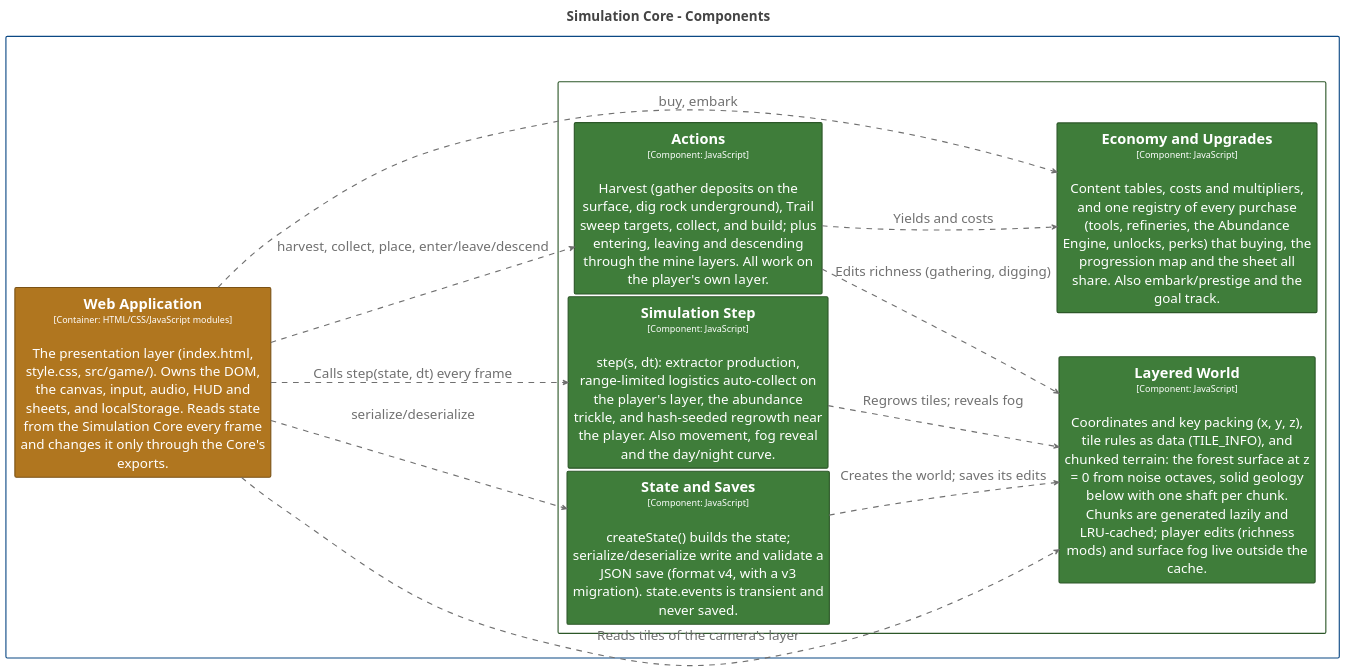
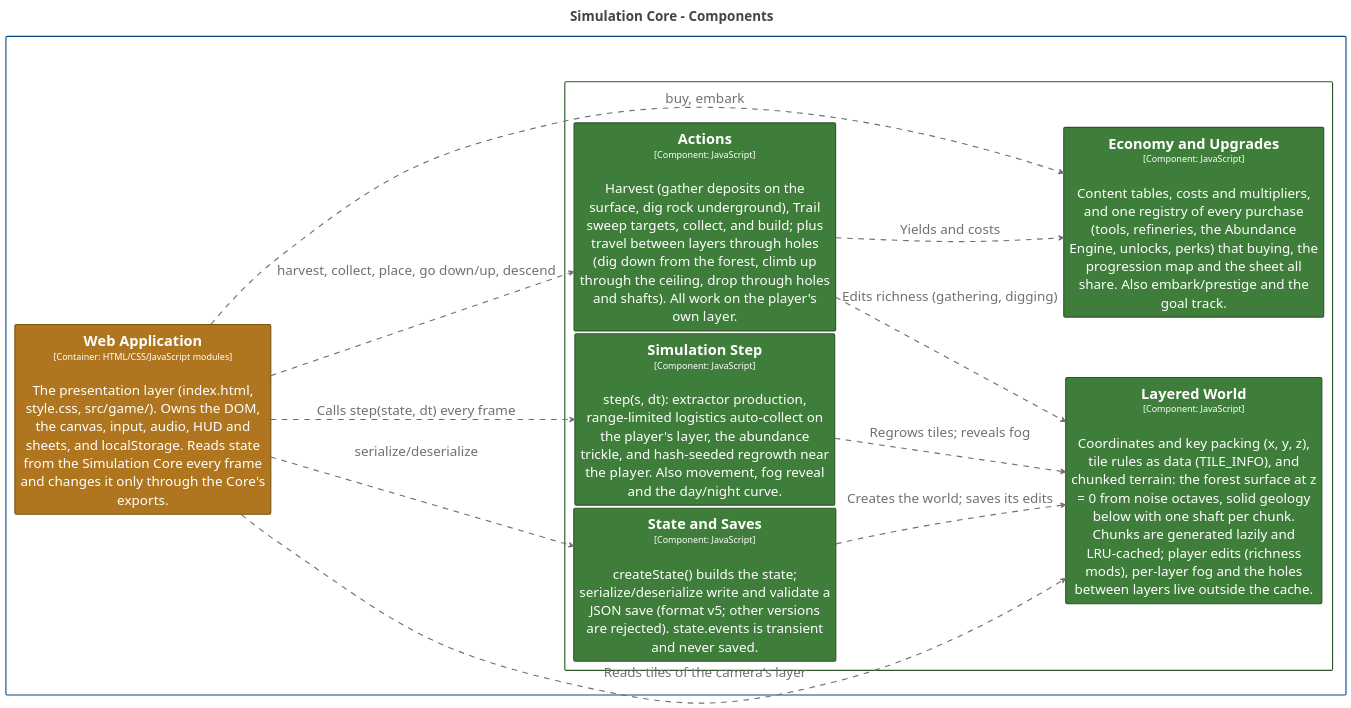
The diagram in structurizr/diagrams/CoreComponents.puml (bitkojine/more-than-enough), drawn with PlantUML before and after one commit. The commit also changed 34 other files, not shown here.

First line of the commit message:
v0.22.0: holes between layers, mine fog, layer cutaway

```diff
--- a/structurizr/diagrams/CoreComponents.puml
+++ b/structurizr/diagrams/CoreComponents.puml
@@ -2,94 +2,94 @@
 @startuml
 title <size:24>Simulation Core - Components</size>
 
 set separator none
 left to right direction
 skinparam ranksep 20
 skinparam nodesep 5
 hide stereotype
 
 <style>
   root {
     BackgroundColor: #ffffff;
     FontColor: #444444;
   }
   // Element,Component,Core Engine
   .Element-RWxlbWVudCxDb21wb25lbnQsQ29yZSBFbmdpbmU= {
     BackgroundColor: #3f7d3a;
     LineColor: #2c5728;
     LineStyle: 0;
     LineThickness: 2;
     FontColor: #ffffff;
     FontSize: 24;
     HorizontalAlignment: center;
     Shadowing: 0;
     MaximumWidth: 450;
   }
   // Element,Container,Presentation
   .Element-RWxlbWVudCxDb250YWluZXIsUHJlc2VudGF0aW9u {
     BackgroundColor: #b0761f;
     LineColor: #7b5215;
     LineStyle: 0;
     LineThickness: 2;
     FontColor: #ffffff;
     FontSize: 24;
     HorizontalAlignment: center;
     Shadowing: 0;
     MaximumWidth: 450;
   }
   // Relationship
   .Relationship-UmVsYXRpb25zaGlw {
     LineThickness: 2;
     LineStyle: 10-10;
     LineColor: #707070;
     FontColor: #707070;
     FontSize: 24;
     MaximumWidth: 200;
   }
   // MORE THAN ENOUGH
   .Boundary-TU9SRSBUSEFOIEVOT1VHSA== {
     BackgroundColor: #ffffff;
     LineColor: #0b4884;
     LineStyle: 0;
     LineThickness: 2;
     FontColor: #ffffff;
     FontSize: 24;
     HorizontalAlignment: center;
     Shadowing: 0;
   }
   // Simulation Core
   .Boundary-U2ltdWxhdGlvbiBDb3Jl {
     BackgroundColor: #ffffff;
     LineColor: #2c5728;
     LineStyle: 0;
     LineThickness: 2;
     FontColor: #ffffff;
     FontSize: 24;
     HorizontalAlignment: center;
     Shadowing: 0;
   }
 </style>
 
 rectangle "MORE THAN ENOUGH\n<size:16>[Software System]</size>" <<Boundary-TU9SRSBUSEFOIEVOT1VHSA==>> {
   rectangle "Simulation Core\n<size:16>[Container: JavaScript modules (browser + Node)]</size>" <<Boundary-U2ltdWxhdGlvbiBDb3Jl>> {
-    rectangle "==Layered World\n<size:16>[Component: JavaScript]</size>\n\nCoordinates and key packing (x, y, z), tile rules as data (TILE_INFO), and chunked terrain: the forest surface at z = 0 from noise octaves, solid geology below with one shaft per chunk. Chunks are generated lazily and LRU-cached; player edits (richness mods) and surface fog live outside the cache." <<Element-RWxlbWVudCxDb21wb25lbnQsQ29yZSBFbmdpbmU=>> as MORETHANENOUGH.SimulationCore.LayeredWorld
-    rectangle "==State and Saves\n<size:16>[Component: JavaScript]</size>\n\ncreateState() builds the state; serialize/deserialize write and validate a JSON save (format v4, with a v3 migration). state.events is transient and never saved." <<Element-RWxlbWVudCxDb21wb25lbnQsQ29yZSBFbmdpbmU=>> as MORETHANENOUGH.SimulationCore.StateandSaves
+    rectangle "==Layered World\n<size:16>[Component: JavaScript]</size>\n\nCoordinates and key packing (x, y, z), tile rules as data (TILE_INFO), and chunked terrain: the forest surface at z = 0 from noise octaves, solid geology below with one shaft per chunk. Chunks are generated lazily and LRU-cached; player edits (richness mods), per-layer fog and the holes between layers live outside the cache." <<Element-RWxlbWVudCxDb21wb25lbnQsQ29yZSBFbmdpbmU=>> as MORETHANENOUGH.SimulationCore.LayeredWorld
+    rectangle "==State and Saves\n<size:16>[Component: JavaScript]</size>\n\ncreateState() builds the state; serialize/deserialize write and validate a JSON save (format v5; other versions are rejected). state.events is transient and never saved." <<Element-RWxlbWVudCxDb21wb25lbnQsQ29yZSBFbmdpbmU=>> as MORETHANENOUGH.SimulationCore.StateandSaves
     rectangle "==Simulation Step\n<size:16>[Component: JavaScript]</size>\n\nstep(s, dt): extractor production, range-limited logistics auto-collect on the player's layer, the abundance trickle, and hash-seeded regrowth near the player. Also movement, fog reveal and the day/night curve." <<Element-RWxlbWVudCxDb21wb25lbnQsQ29yZSBFbmdpbmU=>> as MORETHANENOUGH.SimulationCore.SimulationStep
-    rectangle "==Actions\n<size:16>[Component: JavaScript]</size>\n\nHarvest (gather deposits on the surface, dig rock underground), Trail sweep targets, collect, and build; plus entering, leaving and descending through the mine layers. All work on the player's own layer." <<Element-RWxlbWVudCxDb21wb25lbnQsQ29yZSBFbmdpbmU=>> as MORETHANENOUGH.SimulationCore.Actions
+    rectangle "==Actions\n<size:16>[Component: JavaScript]</size>\n\nHarvest (gather deposits on the surface, dig rock underground), Trail sweep targets, collect, and build; plus travel between layers through holes (dig down from the forest, climb up through the ceiling, drop through holes and shafts). All work on the player's own layer." <<Element-RWxlbWVudCxDb21wb25lbnQsQ29yZSBFbmdpbmU=>> as MORETHANENOUGH.SimulationCore.Actions
     rectangle "==Economy and Upgrades\n<size:16>[Component: JavaScript]</size>\n\nContent tables, costs and multipliers, and one registry of every purchase (tools, refineries, the Abundance Engine, unlocks, perks) that buying, the progression map and the sheet all share. Also embark/prestige and the goal track." <<Element-RWxlbWVudCxDb21wb25lbnQsQ29yZSBFbmdpbmU=>> as MORETHANENOUGH.SimulationCore.EconomyandUpgrades
   }
 
   rectangle "==Web Application\n<size:16>[Container: HTML/CSS/JavaScript modules]</size>\n\nThe presentation layer (index.html, style.css, src/game/). Owns the DOM, the canvas, input, audio, HUD and sheets, and localStorage. Reads state from the Simulation Core every frame and changes it only through the Core's exports." <<Element-RWxlbWVudCxDb250YWluZXIsUHJlc2VudGF0aW9u>> as MORETHANENOUGH.WebApplication
 }
 
 MORETHANENOUGH.WebApplication --> MORETHANENOUGH.SimulationCore.SimulationStep <<Relationship-UmVsYXRpb25zaGlw>> : "Calls step(state, dt) every frame"
-MORETHANENOUGH.WebApplication --> MORETHANENOUGH.SimulationCore.Actions <<Relationship-UmVsYXRpb25zaGlw>> : "harvest, collect, place, enter/leave/descend"
+MORETHANENOUGH.WebApplication --> MORETHANENOUGH.SimulationCore.Actions <<Relationship-UmVsYXRpb25zaGlw>> : "harvest, collect, place, go down/up, descend"
 MORETHANENOUGH.WebApplication --> MORETHANENOUGH.SimulationCore.EconomyandUpgrades <<Relationship-UmVsYXRpb25zaGlw>> : "buy, embark"
 MORETHANENOUGH.WebApplication --> MORETHANENOUGH.SimulationCore.LayeredWorld <<Relationship-UmVsYXRpb25zaGlw>> : "Reads tiles of the camera's layer"
 MORETHANENOUGH.WebApplication --> MORETHANENOUGH.SimulationCore.StateandSaves <<Relationship-UmVsYXRpb25zaGlw>> : "serialize/deserialize"
 MORETHANENOUGH.SimulationCore.SimulationStep --> MORETHANENOUGH.SimulationCore.LayeredWorld <<Relationship-UmVsYXRpb25zaGlw>> : "Regrows tiles; reveals fog"
 MORETHANENOUGH.SimulationCore.Actions --> MORETHANENOUGH.SimulationCore.LayeredWorld <<Relationship-UmVsYXRpb25zaGlw>> : "Edits richness (gathering, digging)"
 MORETHANENOUGH.SimulationCore.Actions --> MORETHANENOUGH.SimulationCore.EconomyandUpgrades <<Relationship-UmVsYXRpb25zaGlw>> : "Yields and costs"
 MORETHANENOUGH.SimulationCore.StateandSaves --> MORETHANENOUGH.SimulationCore.LayeredWorld <<Relationship-UmVsYXRpb25zaGlw>> : "Creates the world; saves its edits"
 
 @enduml
```
